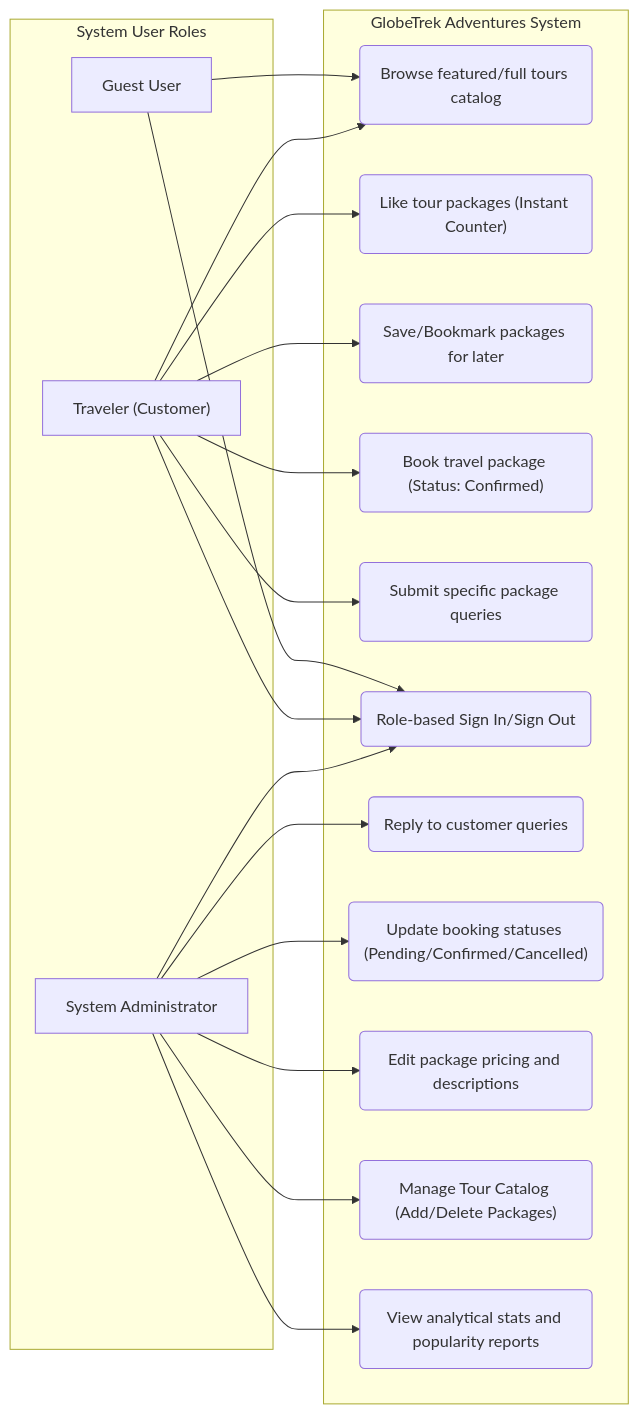
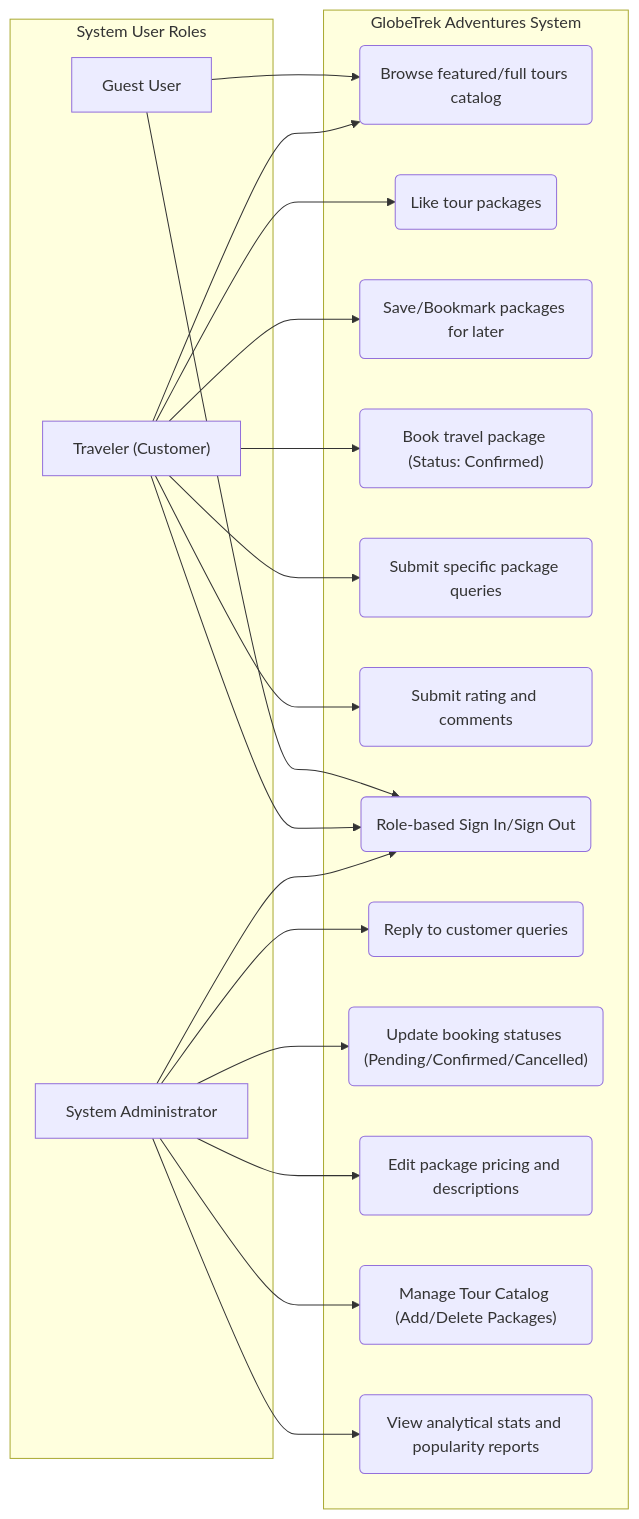
The second of 6 diagrams in README.md (Fathima-Asna/ICBT-WEB-Development), drawn with Mermaid before and after one commit. The commit also changed other lines of this file, not shown here.

Commit message:
Update README.md with detailed file descriptions, sitemap, UML use case, and sequence diagrams matching the new standard form-based architecture

````diff
--- a/README.md
+++ b/README.md
@@ -85,42 +115,44 @@
 ```mermaid
 flowchart LR
     %% Actors
     subgraph Actors [System User Roles]
         Guest["Guest User"]
         Customer["Traveler (Customer)"]
         Admin["System Administrator"]
     end
 
     %% Use Cases
     subgraph System [GlobeTrek Adventures System]
         UC_Browse("Browse featured/full tours catalog")
-        UC_Like("Like tour packages (Instant Counter)")
+        UC_Like("Like tour packages")
         UC_Bookmark("Save/Bookmark packages for later")
         UC_Book("Book travel package (Status: Confirmed)")
         UC_Ask("Submit specific package queries")
+        UC_Review("Submit rating and comments")
         UC_Auth("Role-based Sign In/Sign Out")
         UC_Reply("Reply to customer queries")
         UC_Status("Update booking statuses (Pending/Confirmed/Cancelled)")
         UC_EditPkg("Edit package pricing and descriptions")
         UC_PkgCatalog("Manage Tour Catalog (Add/Delete Packages)")
         UC_Stats("View analytical stats and popularity reports")
     end
 
     %% Relationships
     Guest --> UC_Browse
     Guest --> UC_Auth
 
     Customer --> UC_Browse
     Customer --> UC_Like
     Customer --> UC_Bookmark
     Customer --> UC_Book
     Customer --> UC_Ask
+    Customer --> UC_Review
     Customer --> UC_Auth
 
     Admin --> UC_Auth
     Admin --> UC_Reply
     Admin --> UC_Status
     Admin --> UC_EditPkg
     Admin --> UC_PkgCatalog
     Admin --> UC_Stats
 ```
````
